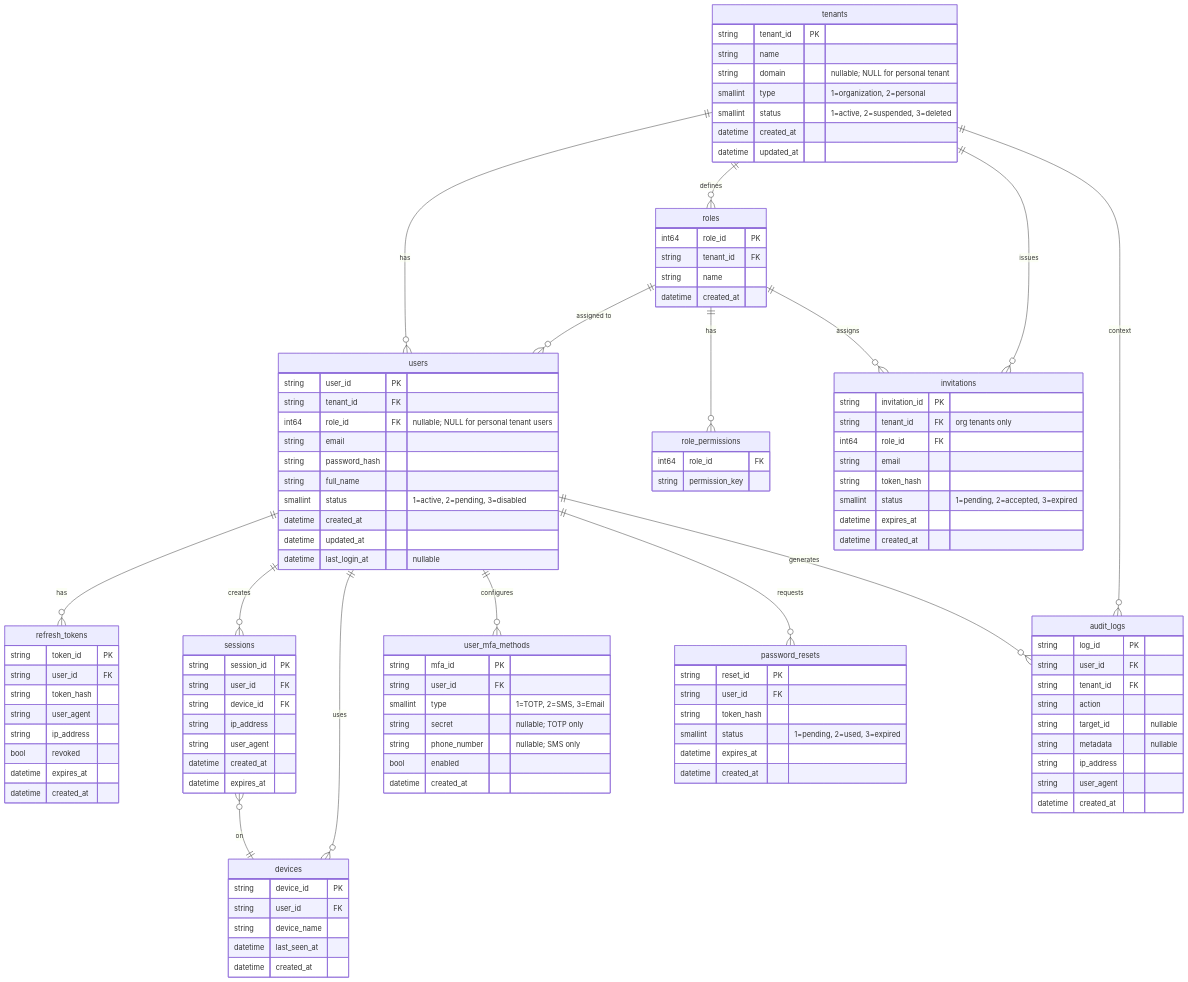
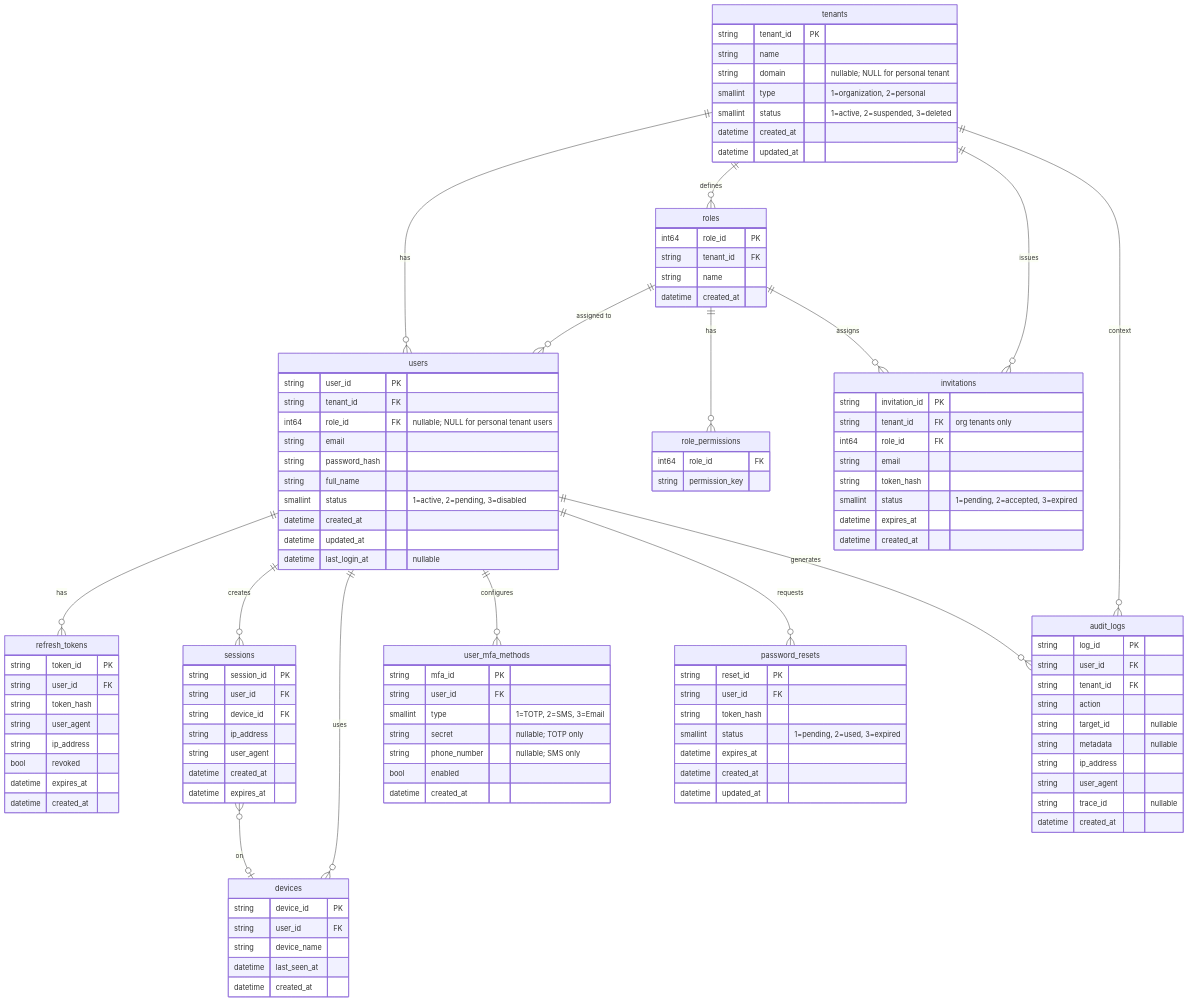
The diagram in docs/reference/data-model/erd.mmd (MysteriousZero/Auth-Haven), drawn with Mermaid before and after one commit. The commit also changed 26 other files, not shown here.

```diff
--- a/docs/reference/data-model/erd.mmd
+++ b/docs/reference/data-model/erd.mmd
@@ -1,134 +1,136 @@
 erDiagram
 
     %% ============================
     %% TABLES
     %% ============================
 
     tenants {
         string tenant_id PK
         string name
         string domain "nullable; NULL for personal tenant"
         smallint type "1=organization, 2=personal"
         smallint status "1=active, 2=suspended, 3=deleted"
         datetime created_at
         datetime updated_at
     }
 
     users {
         string user_id PK
         string tenant_id FK
         int64 role_id FK "nullable; NULL for personal tenant users"
         string email
         string password_hash
         string full_name
         smallint status "1=active, 2=pending, 3=disabled"
         datetime created_at
         datetime updated_at
         datetime last_login_at "nullable"
     }
 
     roles {
         int64 role_id PK
         string tenant_id FK
         string name
         datetime created_at
     }
 
     role_permissions {
         int64 role_id FK
         string permission_key
     }
 
     refresh_tokens {
         string token_id PK
         string user_id FK
         string token_hash
         string user_agent
         string ip_address
         bool revoked
         datetime expires_at
         datetime created_at
     }
 
     sessions {
         string session_id PK
         string user_id FK
         string device_id FK
         string ip_address
         string user_agent
         datetime created_at
         datetime expires_at
     }
 
     devices {
         string device_id PK
         string user_id FK
         string device_name
         datetime last_seen_at
         datetime created_at
     }
 
     user_mfa_methods {
         string mfa_id PK
         string user_id FK
         smallint type "1=TOTP, 2=SMS, 3=Email"
         string secret "nullable; TOTP only"
         string phone_number "nullable; SMS only"
         bool enabled
         datetime created_at
     }
 
     password_resets {
         string reset_id PK
         string user_id FK
         string token_hash
         smallint status "1=pending, 2=used, 3=expired"
         datetime expires_at
         datetime created_at
+        datetime updated_at
     }
 
     invitations {
         string invitation_id PK
         string tenant_id FK "org tenants only"
         int64 role_id FK
         string email
         string token_hash
         smallint status "1=pending, 2=accepted, 3=expired"
         datetime expires_at
         datetime created_at
     }
 
     audit_logs {
         string log_id PK
         string user_id FK
         string tenant_id FK
         string action
         string target_id "nullable"
         string metadata "nullable"
         string ip_address
         string user_agent
+        string trace_id "nullable"
         datetime created_at
     }
 
 
     %% ============================
     %% RELATIONSHIPS
     %% ============================
 
     tenants ||--o{ users : "has"
     tenants ||--o{ roles : "defines"
     tenants ||--o{ invitations : "issues"
     tenants ||--o{ audit_logs : "context"
 
     roles ||--o{ users : "assigned to"
     roles ||--o{ role_permissions : "has"
     roles ||--o{ invitations : "assigns"
 
     users ||--o{ refresh_tokens : "has"
     users ||--o{ sessions : "creates"
     users ||--o{ devices : "uses"
     users ||--o{ user_mfa_methods : "configures"
     users ||--o{ password_resets : "requests"
     users ||--o{ audit_logs : "generates"
 
-    sessions }o--|| devices : "on"
+    sessions }o--o| devices : "on"
```
